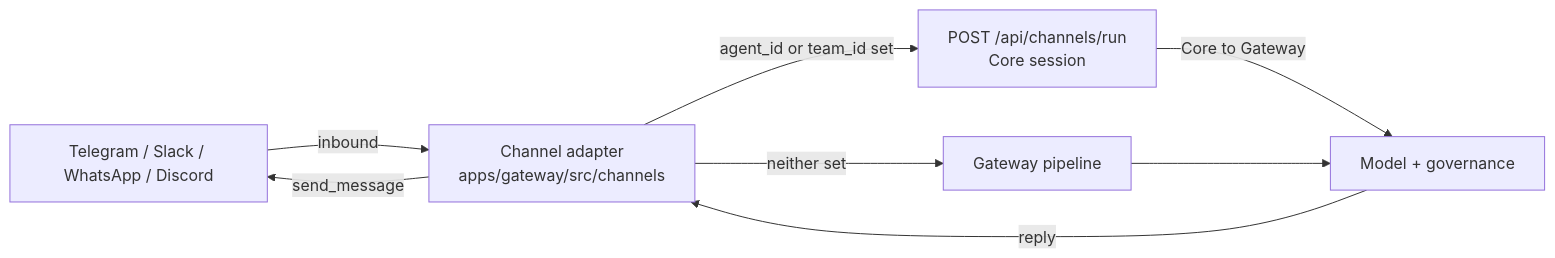
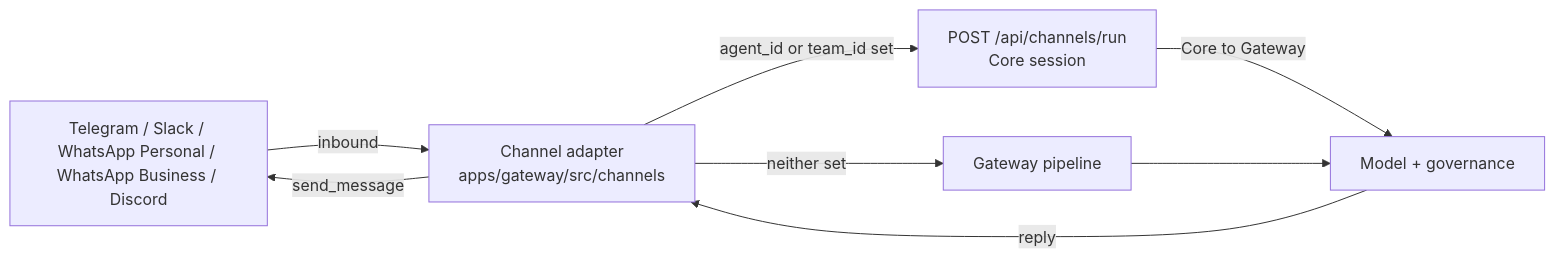
One commit to amajorai/ryu-docs changed the diagram in content/docs/extend/develop/extensions/channel-bot.mdx. Above: the diagram before and after it, drawn with Mermaid. The commit also changed other lines of this file and 317 other files, not shown here.

````diff
--- a/content/docs/extend/develop/extensions/channel-bot.mdx
+++ b/content/docs/extend/develop/extensions/channel-bot.mdx
@@ -36,10 +36,10 @@
 ```mermaid
 flowchart LR
-  P[Telegram / Slack / WhatsApp / Discord] -->|inbound| C[Channel adapter<br/>apps/gateway/src/channels]
+  P[Telegram / Slack / WhatsApp Personal / WhatsApp Business / Discord] -->|inbound| C[Channel adapter<br/>apps/gateway/src/channels]
   C -->|agent_id or team_id set| R[POST /api/channels/run<br/>Core session]
   C -->|neither set| G[Gateway pipeline]
   R -->|Core to Gateway| M[Model + governance]
   G --> M
   M -->|reply| C
   C -->|send_message| P
 ```
````
